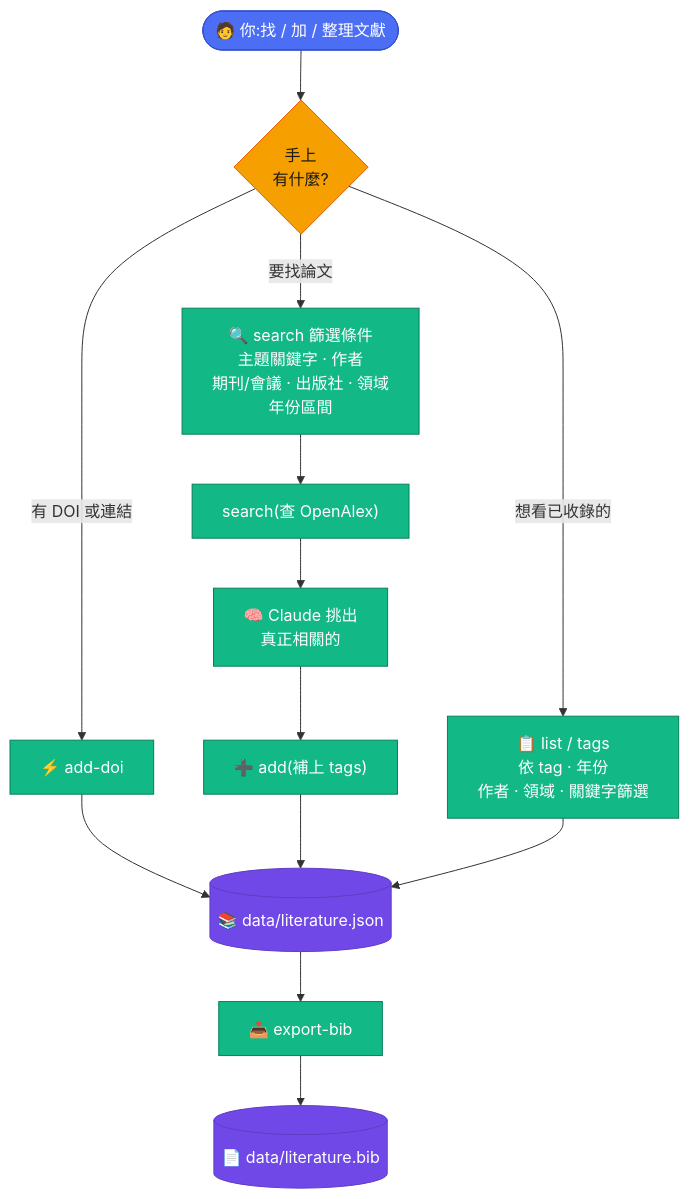
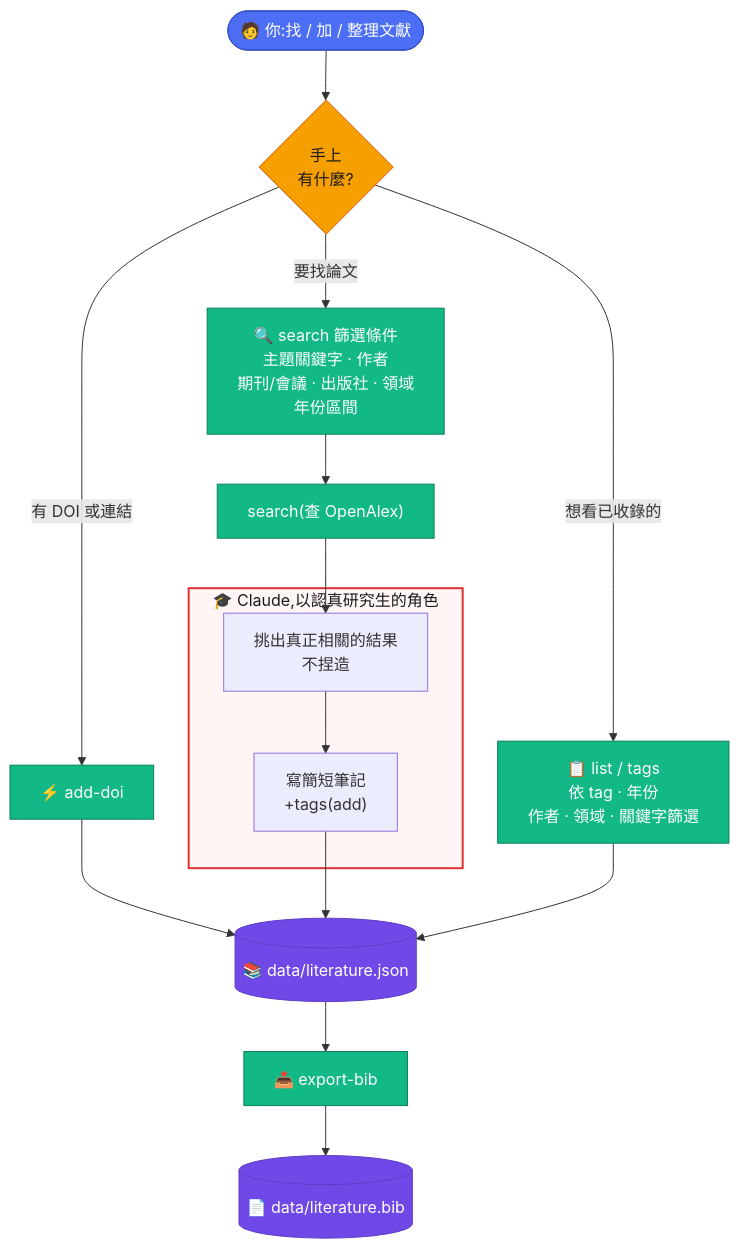
The diagram in README.zh-TW.md (jacklin92/literature-skill), drawn with Mermaid before and after one commit. The commit also changed 1 other file, not shown here.

Commit message:
Mark the grad-student role's position in the workflow diagram
Wrapped the relevance-judgment and note-writing steps in a subgraph
("Claude, as a conscientious grad student") in both READMEs - the raw
search API call stays outside it since that step is mechanical, not a
judgment call. Rendered both diagrams via mermaid.js + a headless
Chromium screenshot before committing to check the subgraph syntax and
that the Chinese labels fit.

Claude-Session: https://claude.ai/code/session_01X3Pk8YPgQy5vXRGuWMQUVx

````diff
--- a/README.zh-TW.md
+++ b/README.zh-TW.md
@@ -19,36 +19,42 @@
 ```mermaid
 flowchart TD
     U(["🧑 你:找 / 加 / 整理文獻"]) --> Q{手上
     有什麼?}
 
     Q -->|有 DOI 或連結| AD["⚡ add-doi"]
     Q -->|要找論文| SP["🔍 search 篩選條件
     主題關鍵字 · 作者
     期刊/會議 · 出版社 · 領域
     年份區間"]
     Q -->|想看已收錄的| L["📋 list / tags
     依 tag · 年份
     作者 · 領域 · 關鍵字篩選"]
 
     SP --> S["search(查 OpenAlex)"]
-    S --> R["🧠 Claude 挑出
-    真正相關的"]
-    R --> AD2["➕ add(補上 tags)"]
+    S --> R
+
+    subgraph ROLE["🎓 Claude,以認真研究生的角色"]
+        R["挑出真正相關的結果
+        不捏造"]
+        R --> AD2["寫簡短筆記
+        +tags(add)"]
+    end
 
     AD --> J[("📚 data/literature.json")]
     AD2 --> J
     L --> J
 
     J --> B["📤 export-bib"]
     B --> F[("📄 data/literature.bib")]
 
     classDef input fill:#4c6ef5,stroke:#364fc7,color:#fff
     classDef action fill:#12b886,stroke:#087f5b,color:#fff
     classDef decision fill:#f59f00,stroke:#e8590c,color:#1a1a1a
     classDef store fill:#7048e8,stroke:#5f3dc4,color:#fff
 
     class U input
     class Q decision
-    class AD,SP,S,R,AD2,L,B action
+    class AD,SP,S,L,B action
     class J,F store
+    style ROLE fill:#fff5f5,stroke:#e03131,stroke-width:2px,color:#1a1a1a
 ```
````
